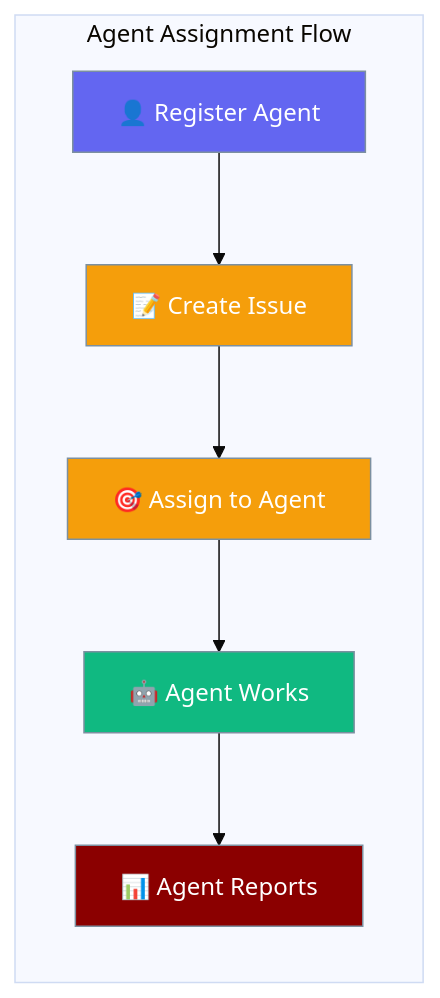
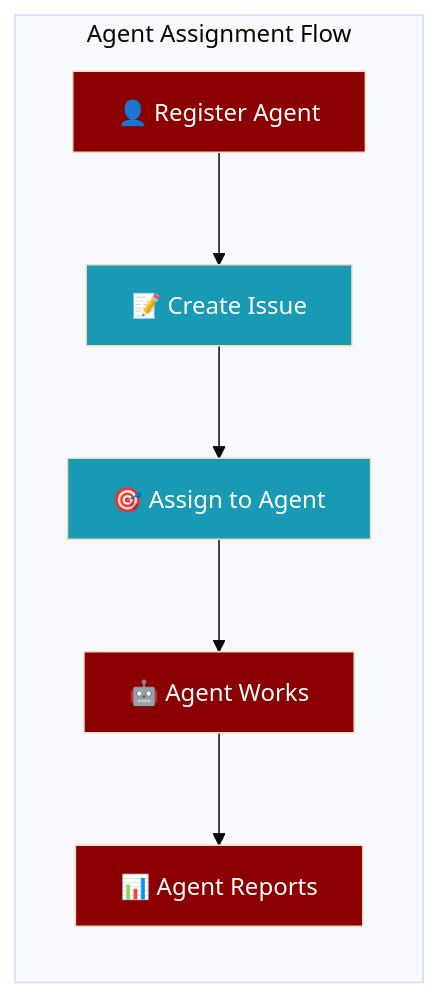
Before and after one commit to MervinPraison/PraisonAIDocs: the first of 2 diagrams in docs/features/assign-agents.mdx, drawn with Mermaid (base theme). The commit also changed 24 other files, not shown here.

````diff
--- a/docs/features/assign-agents.mdx
+++ b/docs/features/assign-agents.mdx
@@ -10,19 +10,15 @@
 ```mermaid
 graph LR
     subgraph "Agent Assignment Flow"
         Register[👤 Register Agent] --> Create[📝 Create Issue]
         Create --> Assign[🎯 Assign to Agent]
         Assign --> Work[🤖 Agent Works]
         Work --> Report[📊 Agent Reports]
     end
     
-    classDef register fill:#6366F1,stroke:#7C90A0,color:#fff
-    classDef issue fill:#F59E0B,stroke:#7C90A0,color:#fff
-    classDef work fill:#10B981,stroke:#7C90A0,color:#fff
-    classDef report fill:#8B0000,stroke:#7C90A0,color:#fff
+    classDef agent fill:#8B0000,color:#fff
+    classDef tool fill:#189AB4,color:#fff
     
-    class Register register
-    class Create,Assign issue
-    class Work work
-    class Report report
+    class Register,Work,Report agent
+    class Create,Assign tool
 ```
````
